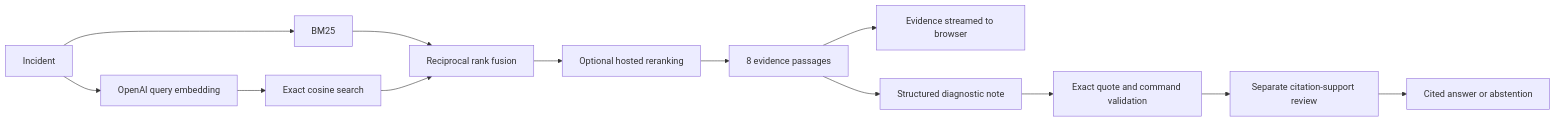
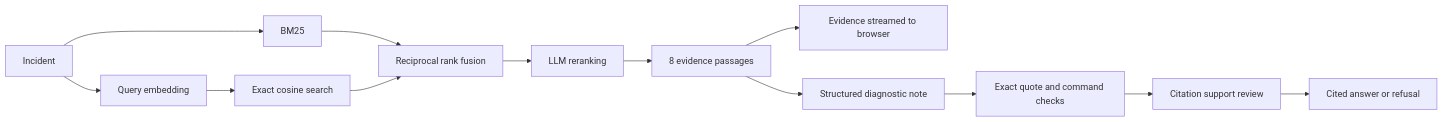
One commit to BhaveshY/runbook-rag changed the diagram in README.md. Above: the diagram before and after it, drawn with Mermaid. The commit also changed other lines of this file and 6 other files, not shown here.

````diff
--- a/README.md
+++ b/README.md
@@ -55,15 +38,15 @@
 ```mermaid
 flowchart LR
     Q[Incident] --> B[BM25]
-    Q --> E[OpenAI query embedding]
+    Q --> E[Query embedding]
     E --> D[Exact cosine search]
     B --> F[Reciprocal rank fusion]
     D --> F
-    F --> R[Optional hosted reranking]
+    F --> R[LLM reranking]
     R --> C[8 evidence passages]
     C --> UI[Evidence streamed to browser]
     C --> G[Structured diagnostic note]
-    G --> V[Exact quote and command validation]
-    V --> S[Separate citation-support review]
-    S --> A[Cited answer or abstention]
+    G --> V[Exact quote and command checks]
+    V --> S[Citation support review]
+    S --> A[Cited answer or refusal]
 ```
````
